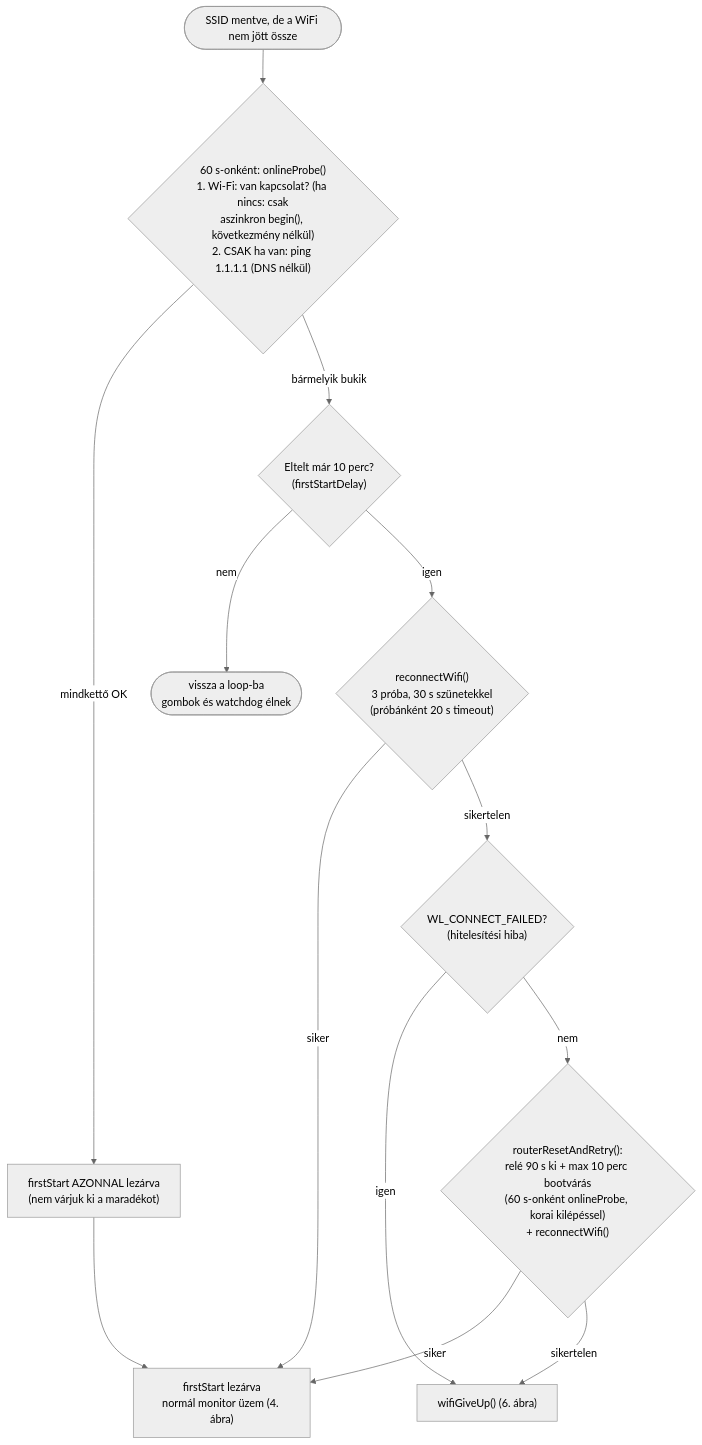
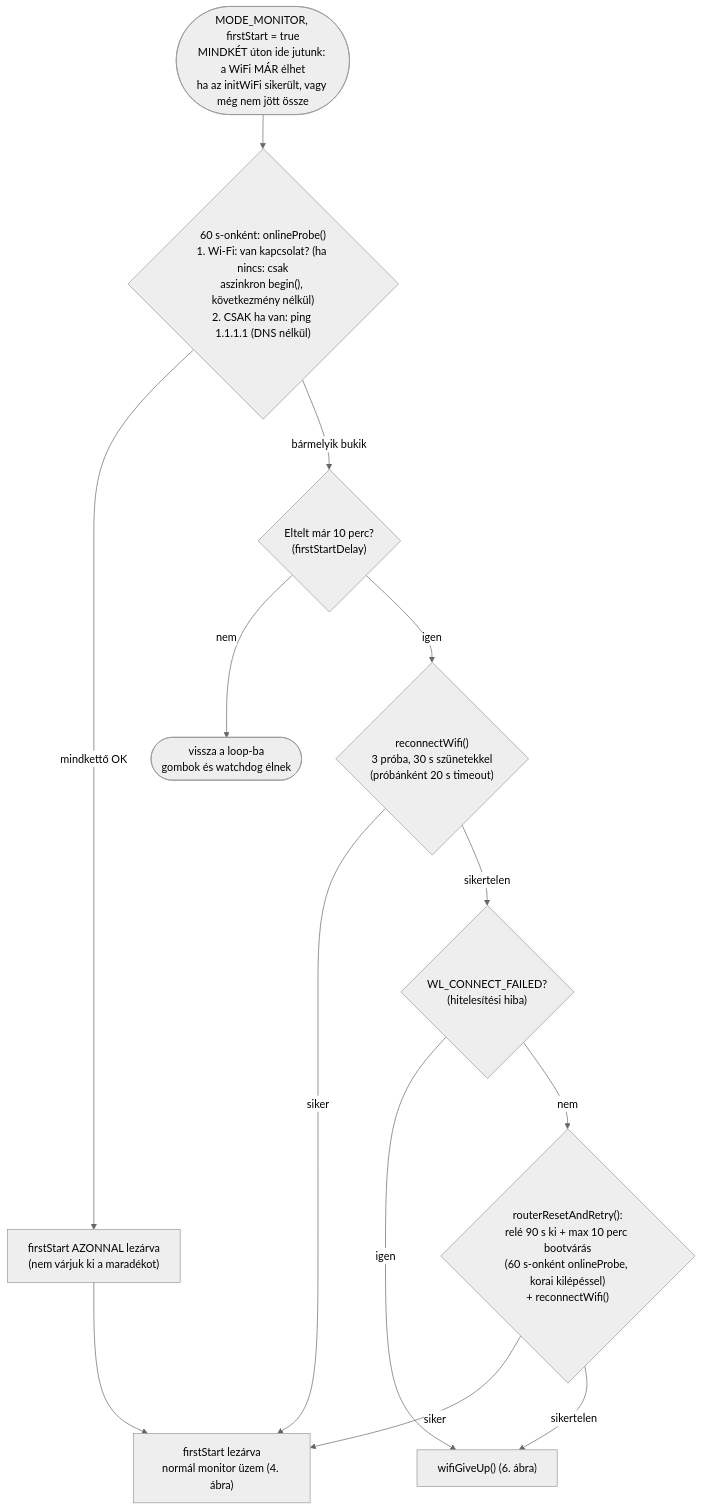
The third of 9 diagrams in FOLYAMATABRA.md (manszabi/bazsi-router-reboot), drawn with Mermaid (neutral theme) before and after one commit. The commit also changed other lines of this file and 1 other file, not shown here.

````diff
--- a/FOLYAMATABRA.md
+++ b/FOLYAMATABRA.md
@@ -85,15 +88,15 @@
 ```mermaid
 flowchart TD
-    IN([SSID mentve, de a WiFi nem jött össze]) --> PRB{"60 s-onként: onlineProbe()<br>1. Wi-Fi: van kapcsolat? (ha nincs: csak<br>aszinkron begin(), következmény nélkül)<br>2. CSAK ha van: ping 1.1.1.1 (DNS nélkül)"}
+    IN([MODE_MONITOR, firstStart = true<br>MINDKÉT úton ide jutunk: a WiFi MÁR élhet<br>ha az initWiFi sikerült, vagy még nem jött össze]) --> PRB{"60 s-onként: onlineProbe()<br>1. Wi-Fi: van kapcsolat? (ha nincs: csak<br>aszinkron begin(), következmény nélkül)<br>2. CSAK ha van: ping 1.1.1.1 (DNS nélkül)"}
     PRB -->|"mindkettő OK"| EARLY["firstStart AZONNAL lezárva<br>(nem várjuk ki a maradékot)"]
     EARLY --> DONE
     PRB -->|"bármelyik bukik"| WAIT{"Eltelt már 10 perc?<br>(firstStartDelay)"}
     WAIT -->|nem| BACK([vissza a loop-ba<br>gombok és watchdog élnek])
     WAIT -->|igen| REC{"reconnectWifi()<br>3 próba, 30 s szünetekkel<br>(próbánként 20 s timeout)"}
     REC -->|siker| DONE["firstStart lezárva<br>normál monitor üzem (4. ábra)"]
     REC -->|sikertelen| AUTH{"WL_CONNECT_FAILED?<br>(hitelesítési hiba)"}
     AUTH -->|igen| GU["wifiGiveUp() (6. ábra)"]
     AUTH -->|nem| RST{"routerResetAndRetry():<br>relé 90 s ki + max 10 perc bootvárás<br>(60 s-onként onlineProbe, korai kilépéssel)<br>+ reconnectWifi()"}
     RST -->|siker| DONE
     RST -->|sikertelen| GU
 ```
````
